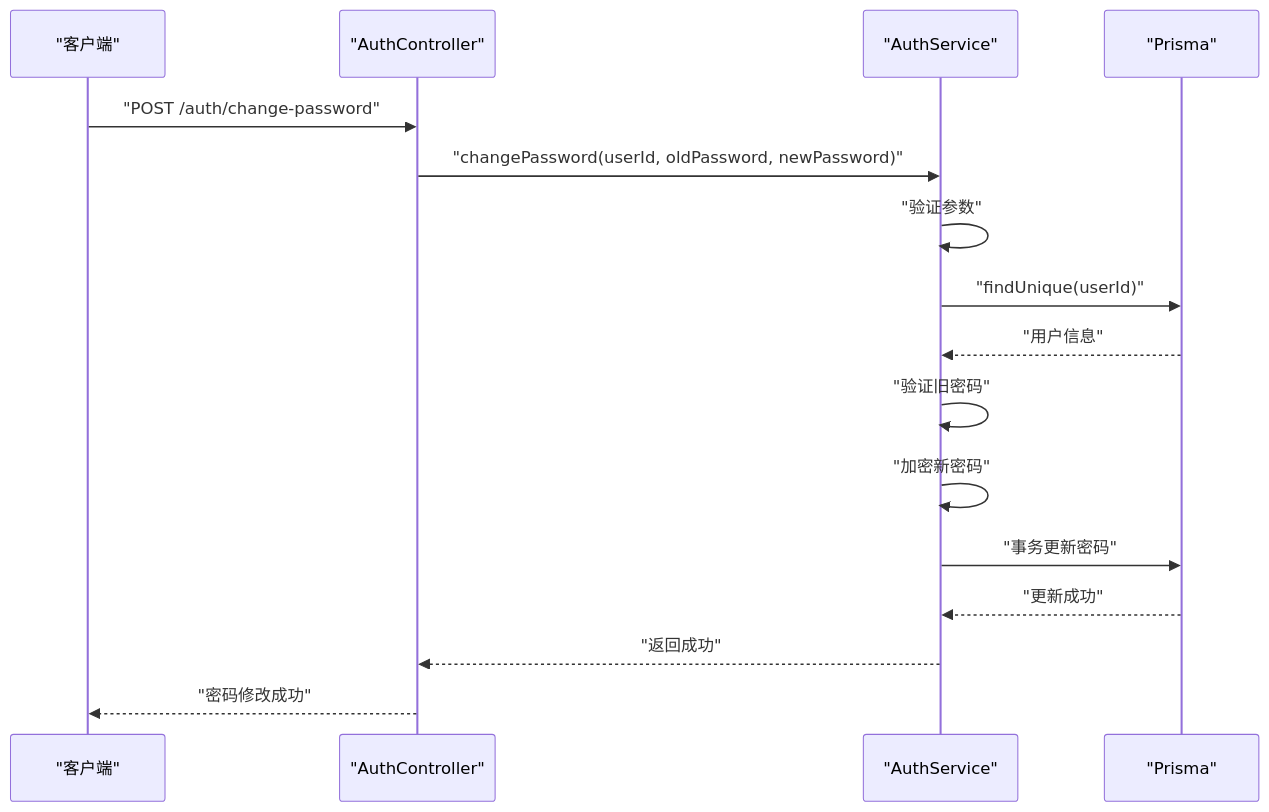
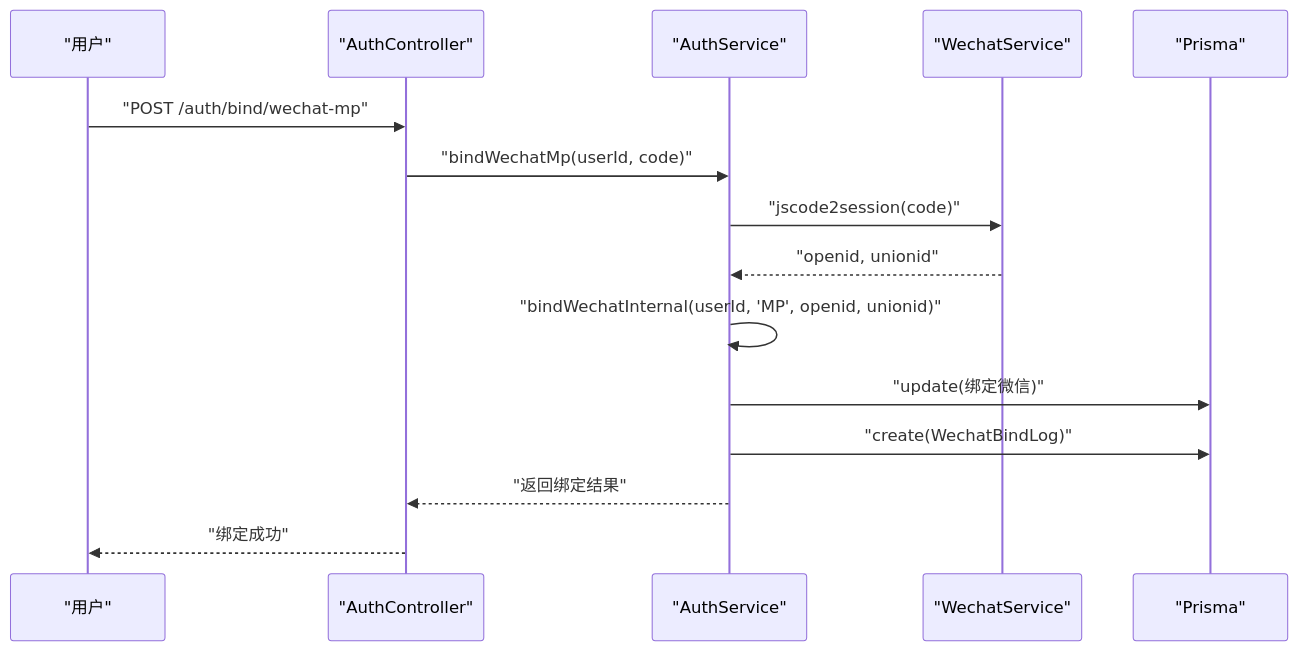
One commit to lsqwawa/free-dress changed diagram 11 of 15 in .qoder/repowiki/zh/content/后端开发指南/核心模块详解/认证模块.md. Above: the diagram before and after it, drawn with Mermaid. The commit also changed other lines of this file and 71 other files, not shown here.

````diff
--- a/.qoder/repowiki/zh/content/后端开发指南/核心模块详解/认证模块.md
+++ b/.qoder/repowiki/zh/content/后端开发指南/核心模块详解/认证模块.md
@@ -391,18 +515,17 @@
 ```mermaid
 sequenceDiagram
-participant C as "客户端"
+participant U as "用户"
 participant API as "AuthController"
 participant S as "AuthService"
+participant W as "WechatService"
 participant DB as "Prisma"
-C->>API : "POST /auth/change-password"
-API->>S : "changePassword(userId, oldPassword, newPassword)"
-S->>S : "验证参数"
-S->>DB : "findUnique(userId)"
-DB-->>S : "用户信息"
-S->>S : "验证旧密码"
-S->>S : "加密新密码"
-S->>DB : "事务更新密码"
-DB-->>S : "更新成功"
-S-->>API : "返回成功"
-API-->>C : "密码修改成功"
+U->>API : "POST /auth/bind/wechat-mp"
+API->>S : "bindWechatMp(userId, code)"
+S->>W : "jscode2session(code)"
+W-->>S : "openid, unionid"
+S->>S : "bindWechatInternal(userId, 'MP', openid, unionid)"
+S->>DB : "update(绑定微信)"
+S->>DB : "create(WechatBindLog)"
+S-->>API : "返回绑定结果"
+API-->>U : "绑定成功"
 ```
````
